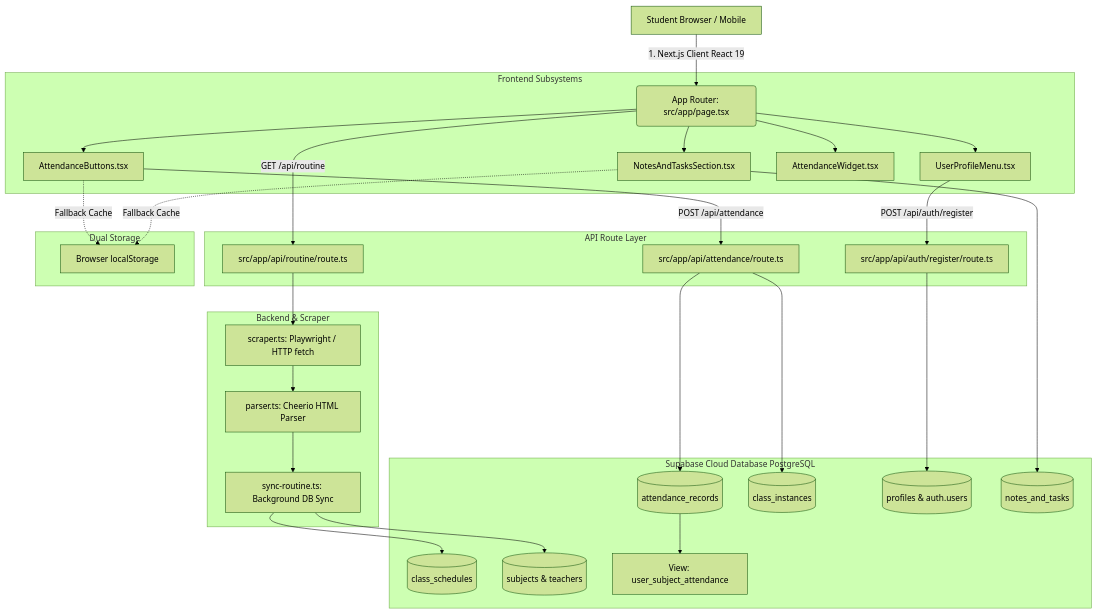
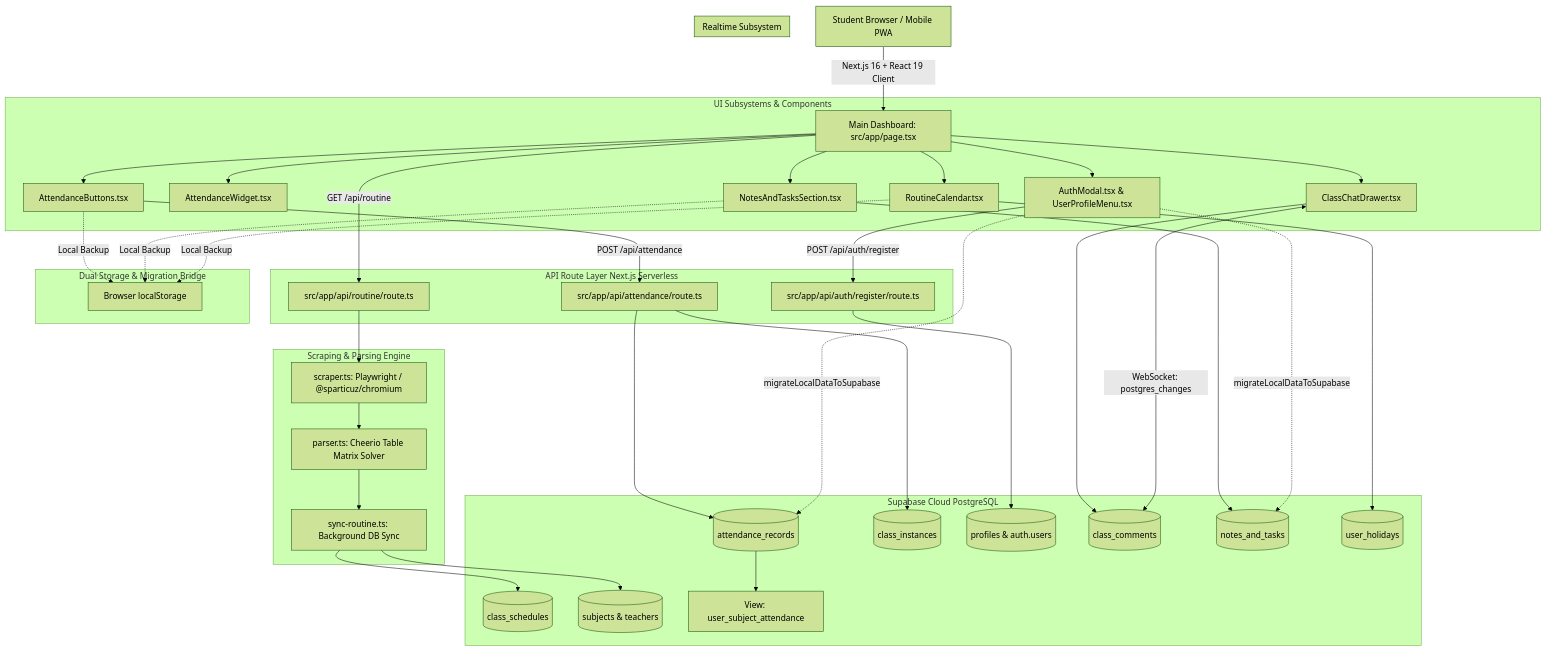
One commit to ShubhamDevkota/Routine changed the first of 4 diagrams in DOCUMENTATION.md. Above: the diagram before and after it, drawn with Mermaid (forest theme). The commit also changed other lines of this file and 1 other file, not shown here.

````diff
--- a/DOCUMENTATION.md
+++ b/DOCUMENTATION.md
@@ -47,38 +56,49 @@
 ```mermaid
 graph TD
-    A[Student Browser / Mobile] -->|1. Next.js Client React 19| B(App Router: src/app/page.tsx)
+    A[Student Browser / Mobile PWA] -->|Next.js 16 + React 19 Client| B[Main Dashboard: src/app/page.tsx]
     
-    subgraph Frontend Subsystems
+    subgraph UI Subsystems & Components
         B --> C[AttendanceButtons.tsx]
-        B --> D[NotesAndTasksSection.tsx]
-        B --> E[UserProfileMenu.tsx]
-        B --> F[AttendanceWidget.tsx]
+        B --> D[AttendanceWidget.tsx]
+        B --> E[RoutineCalendar.tsx]
+        B --> F[ClassChatDrawer.tsx]
+        B --> G[NotesAndTasksSection.tsx]
+        B --> H[AuthModal.tsx & UserProfileMenu.tsx]
     end
 
-    subgraph API Route Layer
-        C -->|POST /api/attendance| G[src/app/api/attendance/route.ts]
-        B -->|GET /api/routine| H[src/app/api/routine/route.ts]
-        E -->|POST /api/auth/register| I[src/app/api/auth/register/route.ts]
+    subgraph API Route Layer Next.js Serverless
+        C -->|POST /api/attendance| I[src/app/api/attendance/route.ts]
+        B -->|GET /api/routine| J[src/app/api/routine/route.ts]
+        H -->|POST /api/auth/register| K[src/app/api/auth/register/route.ts]
     end
 
-    subgraph Backend & Scraper
-        H --> J[scraper.ts: Playwright / HTTP fetch]
-        J --> K[parser.ts: Cheerio HTML Parser]
-        K --> L[sync-routine.ts: Background DB Sync]
+    subgraph Scraping & Parsing Engine
+        J --> L[scraper.ts: Playwright / @sparticuz/chromium]
+        L --> M[parser.ts: Cheerio Table Matrix Solver]
+        M --> N[sync-routine.ts: Background DB Sync]
     end
 
-    subgraph Supabase Cloud Database PostgreSQL
-        G --> M[(attendance_records)]
-        G --> N[(class_instances)]
-        L --> O[(class_schedules)]
-        L --> P[(subjects & teachers)]
-        I --> Q[(profiles & auth.users)]
-        D --> R[(notes_and_tasks)]
-        M --> S[View: user_subject_attendance]
+    subgraph Supabase Cloud PostgreSQL
+        I --> O[(attendance_records)]
+        I --> P[(class_instances)]
+        N --> Q[(class_schedules)]
+        N --> R[(subjects & teachers)]
+        K --> S[(profiles & auth.users)]
+        F --> T[(class_comments)]
+        G --> U[(notes_and_tasks)]
+        E --> V[(user_holidays)]
+        O --> W[View: user_subject_attendance]
     end
 
-    subgraph Dual Storage
-        C -.->|Fallback Cache| T[Browser localStorage]
-        D -.->|Fallback Cache| T
+    subgraph Realtime Subsystem
+        F <-->|WebSocket: postgres_changes| T
+    end
+
+    subgraph Dual Storage & Migration Bridge
+        C -.->|Local Backup| X[Browser localStorage]
+        G -.->|Local Backup| X
+        E -.->|Local Backup| X
+        H -.->|migrateLocalDataToSupabase| O
+        H -.->|migrateLocalDataToSupabase| U
     end
 ```
````
